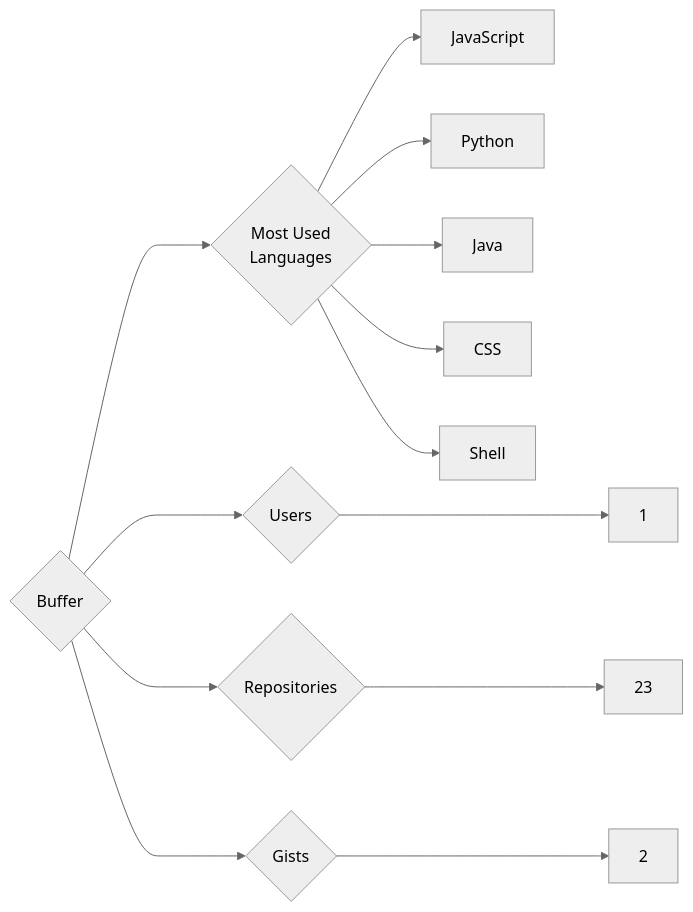
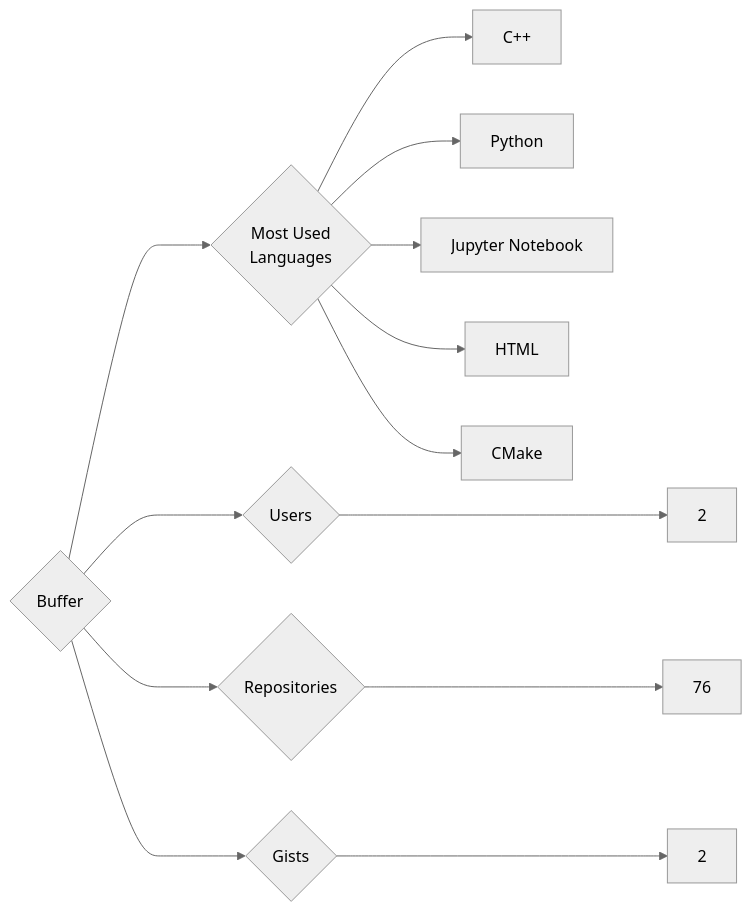
One commit to trickest/insiders changed the diagram in targets/Buffer/README.md. Above: the diagram before and after it, drawn with Mermaid (neutral theme). The commit also changed 932 other files, not shown here.

````diff
--- a/targets/Buffer/README.md
+++ b/targets/Buffer/README.md
@@ -3,13 +3,13 @@
 ```mermaid
 graph LR
 COMPANY_NAME{Buffer}
-COMPANY_NAME ---> U{Users} ---> UN[1]
-COMPANY_NAME ---> R{Repositories} ---> RN[23]
+COMPANY_NAME ---> U{Users} ---> UN[2]
+COMPANY_NAME ---> R{Repositories} ---> RN[76]
 COMPANY_NAME ---> G{Gists} ---> GN[2]
 COMPANY_NAME ---> ML{Most Used<br>Languages}
-ML --> JavaScript[JavaScript]
+ML --> C++[C++]
 ML --> Python[Python]
-ML --> Java[Java]
-ML --> CSS[CSS]
-ML --> Shell[Shell]
+ML --> Jupyter_Notebook[Jupyter Notebook]
+ML --> HTML[HTML]
+ML --> CMake[CMake]
 ```
````
